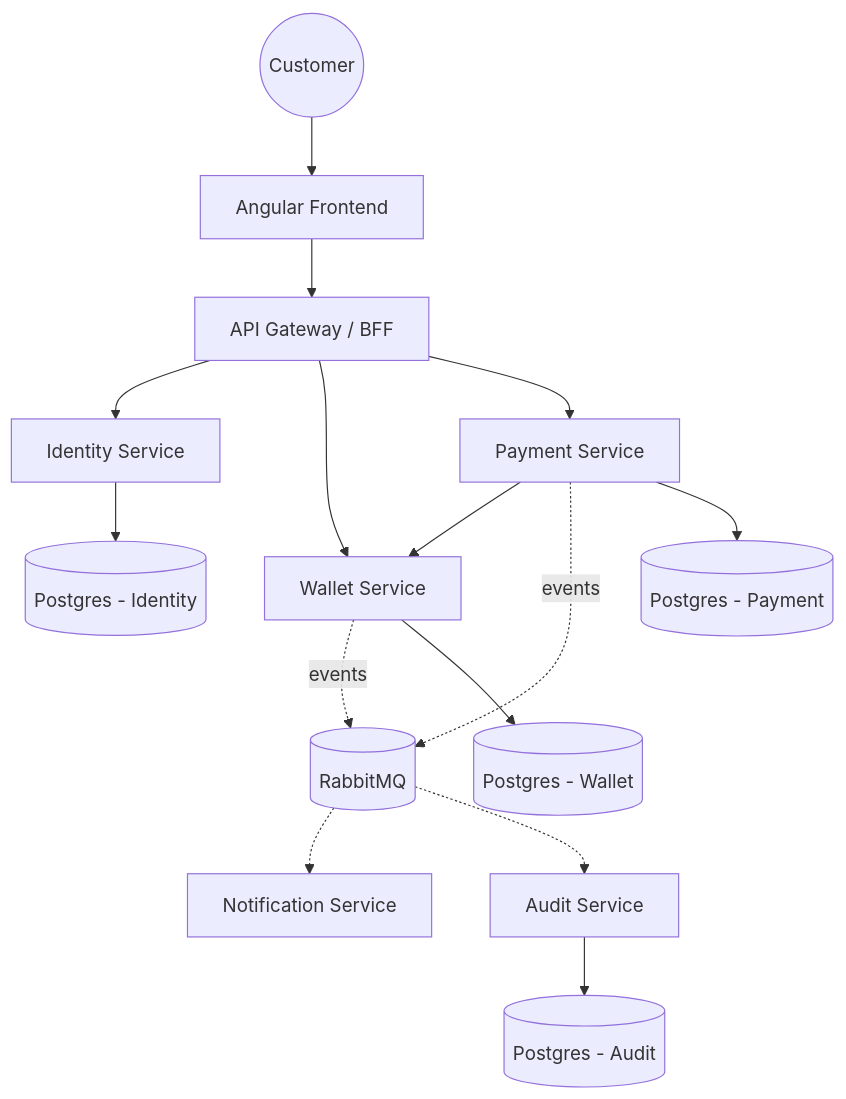
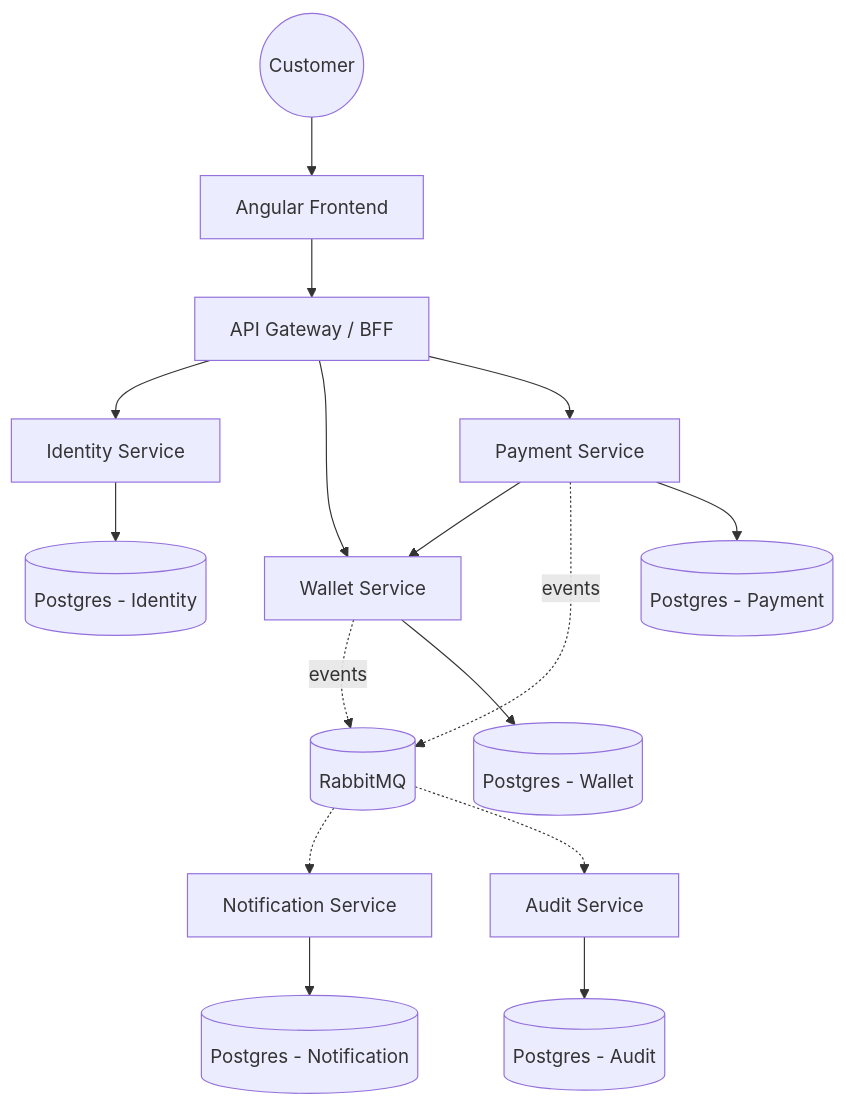
The first of 11 diagrams in docs/Architecture.md (Yousuf-Hossain10/enterprise-payment-platform), drawn with Mermaid before and after one commit. The commit also changed other lines of this file and 2 other files, not shown here.

Commit message:
docs: add system diagrams and development roadmap

````diff
--- a/docs/Architecture.md
+++ b/docs/Architecture.md
@@ -38,17 +38,18 @@
 ```mermaid
 flowchart TB
     User((Customer)) --> FE[Angular Frontend]
     FE --> GW[API Gateway / BFF]
     GW --> IdSvc[Identity Service]
     GW --> WSvc[Wallet Service]
     GW --> PSvc[Payment Service]
     PSvc --> WSvc
     PSvc -.events.-> MQ[(RabbitMQ)]
     WSvc -.events.-> MQ
     MQ -.-> NSvc[Notification Service]
     MQ -.-> ASvc[Audit Service]
     IdSvc --> DB1[(Postgres - Identity)]
     WSvc --> DB2[(Postgres - Wallet)]
     PSvc --> DB3[(Postgres - Payment)]
-    ASvc --> DB4[(Postgres - Audit)]
+    NSvc --> DB4[(Postgres - Notification)]
+    ASvc --> DB5[(Postgres - Audit)]
 ```
````
